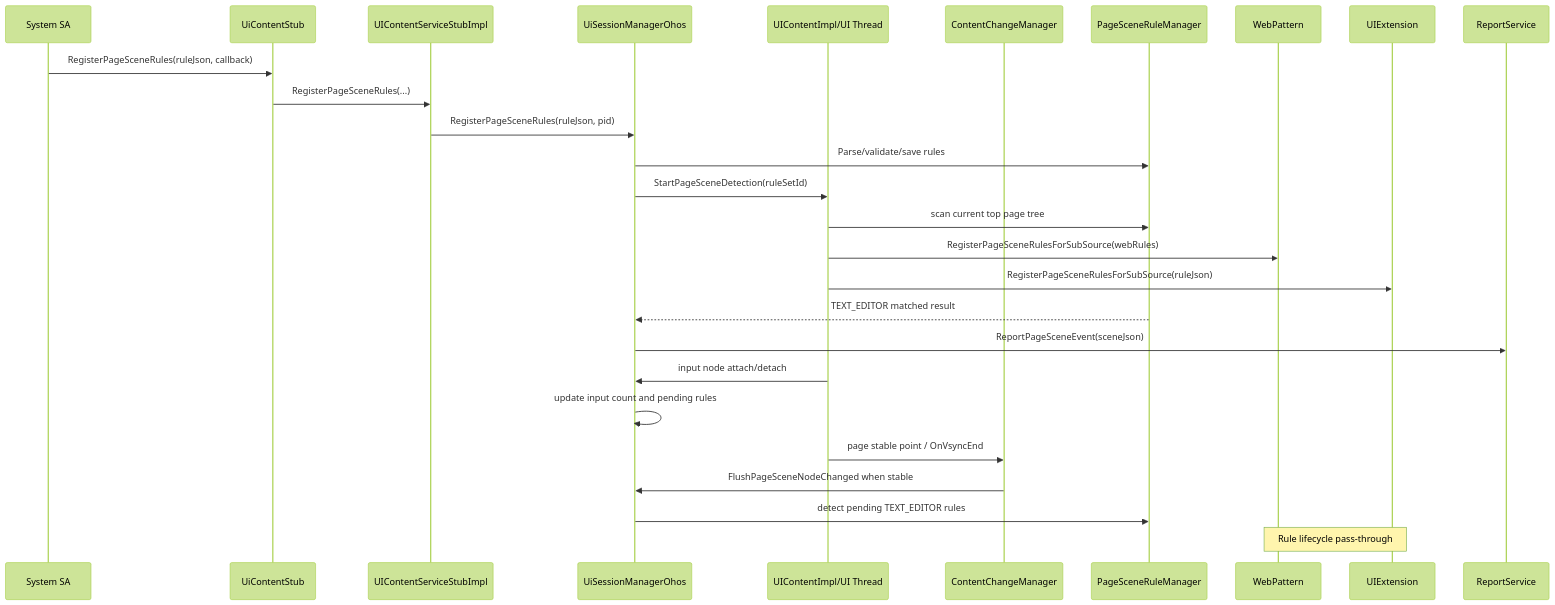
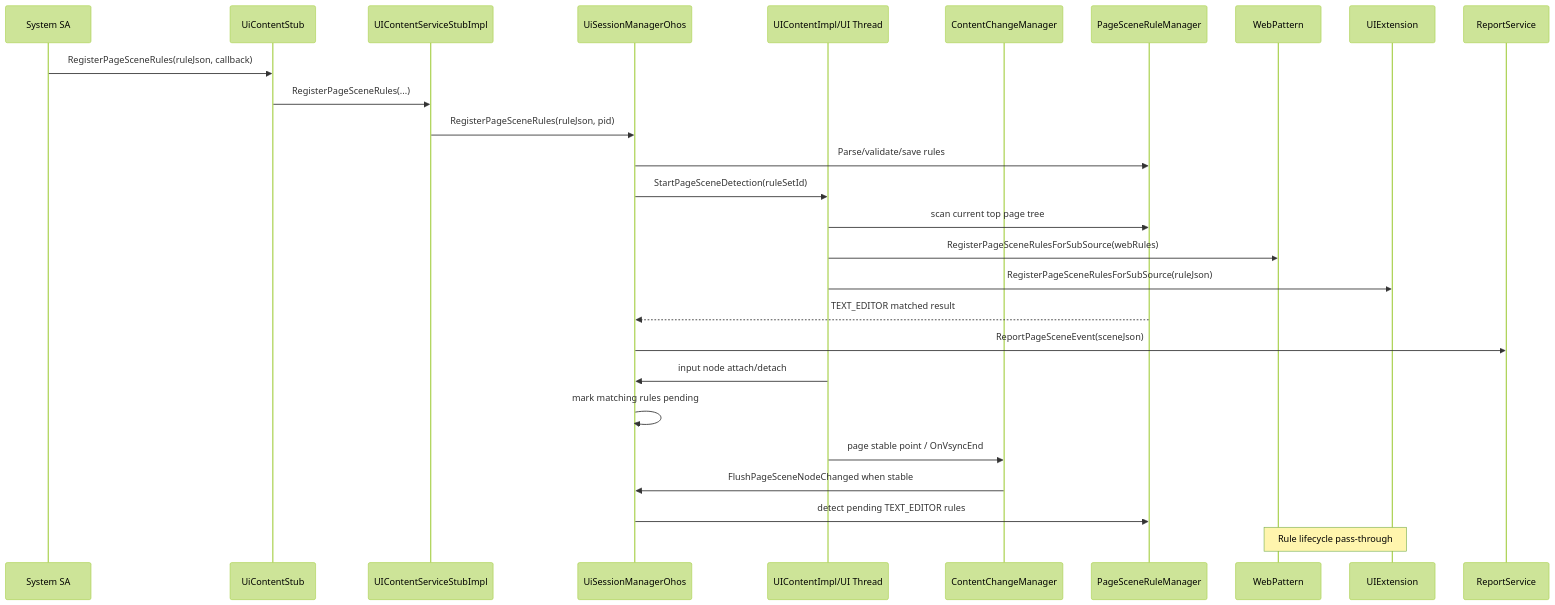
The diagram in .codespec/changes/ui-session-page-scene-awareness/design.md (openharmony/arkui_ace_engine), drawn with Mermaid (forest theme) before and after one commit. The commit also changed other lines of this file and 15 other files, not shown here.

````diff
--- a/.codespec/changes/ui-session-page-scene-awareness/design.md
+++ b/.codespec/changes/ui-session-page-scene-awareness/design.md
@@ -37,30 +37,30 @@
 ```mermaid
 sequenceDiagram
     participant SA as System SA
     participant Stub as UiContentStub
     participant Impl as UIContentServiceStubImpl
     participant Mgr as UiSessionManagerOhos
     participant UI as UIContentImpl/UI Thread
     participant CCM as ContentChangeManager
     participant Rule as PageSceneRuleManager
     participant Web as WebPattern
     participant Uie as UIExtension
     participant Report as ReportService
 
     SA->>Stub: RegisterPageSceneRules(ruleJson, callback)
     Stub->>Impl: RegisterPageSceneRules(...)
     Impl->>Mgr: RegisterPageSceneRules(ruleJson, pid)
     Mgr->>Rule: Parse/validate/save rules
     Mgr->>UI: StartPageSceneDetection(ruleSetId)
     UI->>Rule: scan current top page tree
     UI->>Web: RegisterPageSceneRulesForSubSource(webRules)
     UI->>Uie: RegisterPageSceneRulesForSubSource(ruleJson)
     Rule-->>Mgr: TEXT_EDITOR matched result
     Mgr->>Report: ReportPageSceneEvent(sceneJson)
     UI->>Mgr: input node attach/detach
-    Mgr->>Mgr: update input count and pending rules
+    Mgr->>Mgr: mark matching rules pending
     UI->>CCM: page stable point / OnVsyncEnd
     CCM->>Mgr: FlushPageSceneNodeChanged when stable
     Mgr->>Rule: detect pending TEXT_EDITOR rules
     Note over Web,Uie: Rule lifecycle pass-through
 ```
````
